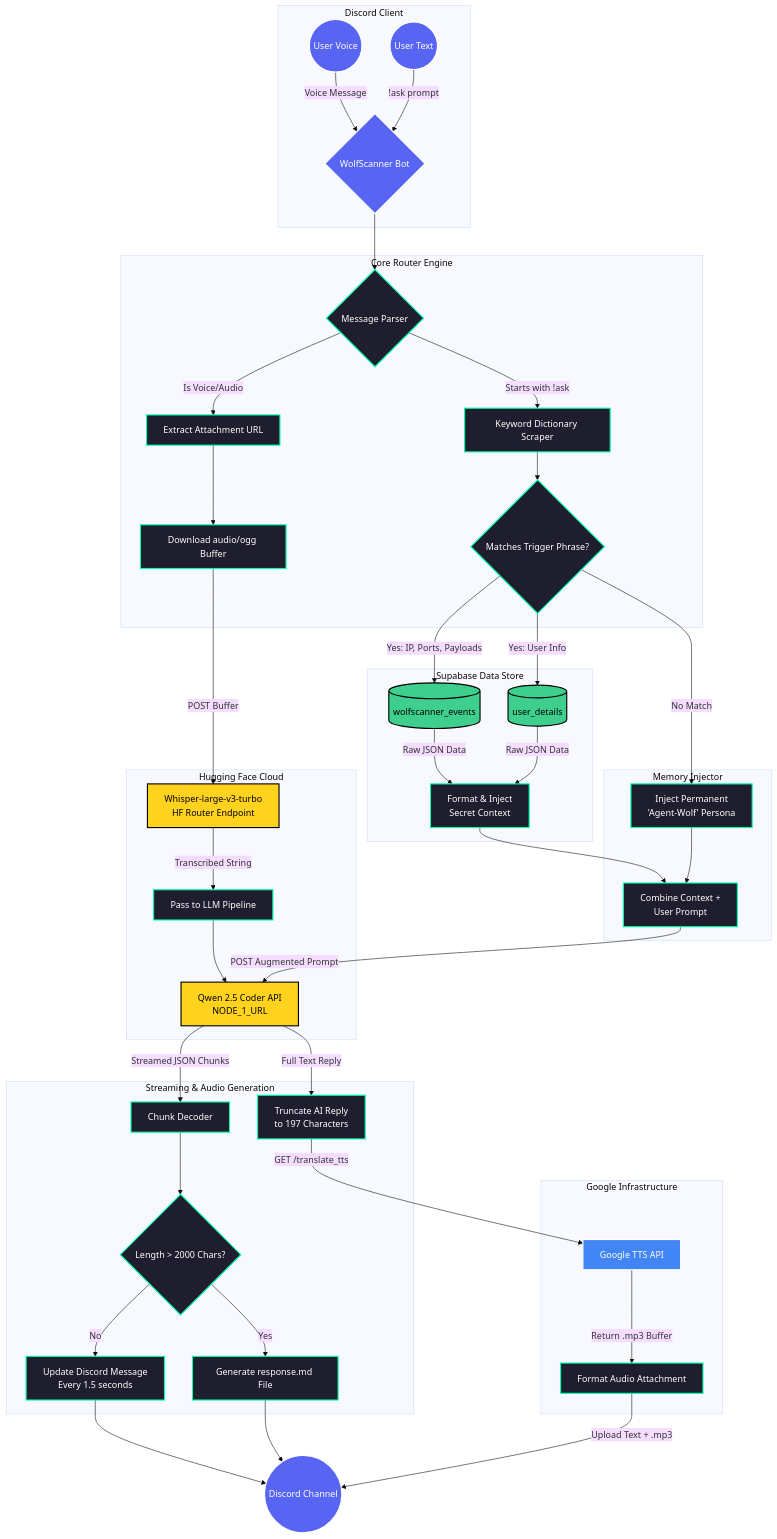
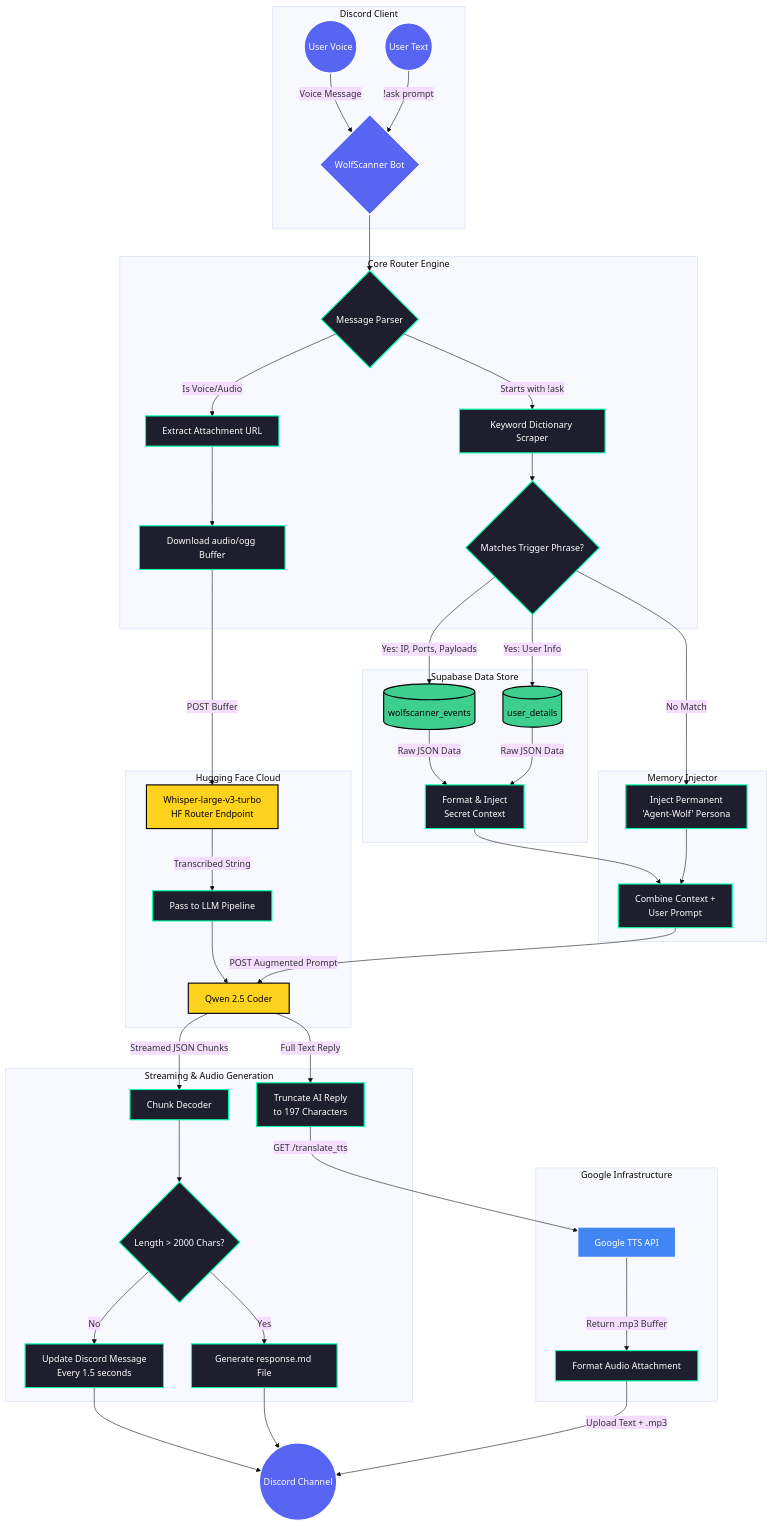
Before and after one commit to pugazh342/Agent-wolf: the diagram in Architecture.md, drawn with Mermaid (base theme).

````diff
--- a/Architecture.md
+++ b/Architecture.md
@@ -1,82 +1,82 @@
 ```mermaid
 flowchart TD
     %% Define System Colors & Styles
     classDef discord fill:#5865F2,stroke:#fff,stroke-width:2px,color:#fff;
     classDef hub fill:#1E1E2E,stroke:#00FFAA,stroke-width:2px,color:#fff;
     classDef ai fill:#FFD21E,stroke:#000,stroke-width:2px,color:#000;
     classDef db fill:#3ECF8E,stroke:#000,stroke-width:2px,color:#000;
     classDef external fill:#4285F4,stroke:#fff,stroke-width:2px,color:#fff;
 
     %% --- 1. FRONTEND / TRIGGER LAYER ---
     subgraph Discord Client
         U1((User Voice)) -- "Voice Message" --> D1{WolfScanner Bot}
         U2((User Text)) -- "!ask prompt" --> D1
     end
 
     %% --- 2. NEXUS-AI HUB (NODE.JS / EXPRESS) ---
     subgraph Nexus-AI Hub [Core Router Engine]
         D1 --> Router{Message Parser}
 
         %% Audio Pipeline Path
         Router -- "Is Voice/Audio" --> A1[Extract Attachment URL]
         A1 --> A2[Download audio/ogg Buffer]
         
         %% Text Pipeline Path
         Router -- "Starts with !ask" --> T1[Keyword Dictionary Scraper]
         T1 --> T2{Matches Trigger Phrase?}
     end
 
     %% --- 3. THE DATABASE / SIEM LAYER ---
     subgraph Supabase Data Store
         T2 -- "Yes: IP, Ports, Payloads" --> DB1[(wolfscanner_events)]
         T2 -- "Yes: User Info" --> DB2[(user_details)]
         DB1 -- "Raw JSON Data" --> T3["Format & Inject <br>Secret Context"]
         DB2 -- "Raw JSON Data" --> T3
     end
 
     %% --- 4. CONTEXT ASSEMBLY ---
     subgraph Memory Injector
         T2 -- "No Match" --> T4["Inject Permanent <br>'Agent-Wolf' Persona"]
         T3 --> T5["Combine Context + <br>User Prompt"]
         T4 --> T5
     end
 
     %% --- 5. THE AI / BRAIN LAYER ---
     subgraph Hugging Face Cloud
         A2 -- "POST Buffer" --> HF1["Whisper-large-v3-turbo <br>HF Router Endpoint"]
         HF1 -- "Transcribed String" --> A3[Pass to LLM Pipeline]
         
         A3 --> QW1
-        T5 -- "POST Augmented Prompt" --> QW1["Qwen 2.5 Coder API <br>NODE_1_URL"]
+        T5 -- "POST Augmented Prompt" --> QW1["Qwen 2.5 Coder "]
     end
 
     %% --- 6. OUTPUT PROCESSING ---
     subgraph Streaming & Audio Generation
         %% Text Output Handling
         QW1 -- "Streamed JSON Chunks" --> T6[Chunk Decoder]
         T6 --> T7{Length > 2000 Chars?}
         T7 -- "No" --> T8["Update Discord Message <br>Every 1.5 seconds"]
         T7 -- "Yes" --> T9["Generate response.md File"]
 
         %% Audio Output Handling
         QW1 -- "Full Text Reply" --> A4["Truncate AI Reply <br>to 197 Characters"]
     end
 
     %% --- 7. EXTERNAL TTS BYPASS ---
     subgraph Google Infrastructure
         A4 -- "GET /translate_tts" --> G1[Google TTS API]
         G1 -- "Return .mp3 Buffer" --> A5[Format Audio Attachment]
     end
 
     %% --- 8. DELIVERY ---
     T8 --> D2((Discord Channel))
     T9 --> D2
     A5 -- "Upload Text + .mp3" --> D2
 
     %% Apply Classes for visual styling
     class U1,U2,D1,D2 discord;
     class Router,A1,A2,A3,A4,A5,T1,T2,T3,T4,T5,T6,T7,T8,T9 hub;
     class HF1,QW1 ai;
     class DB1,DB2 db;
     class G1 external;
 ```
````
